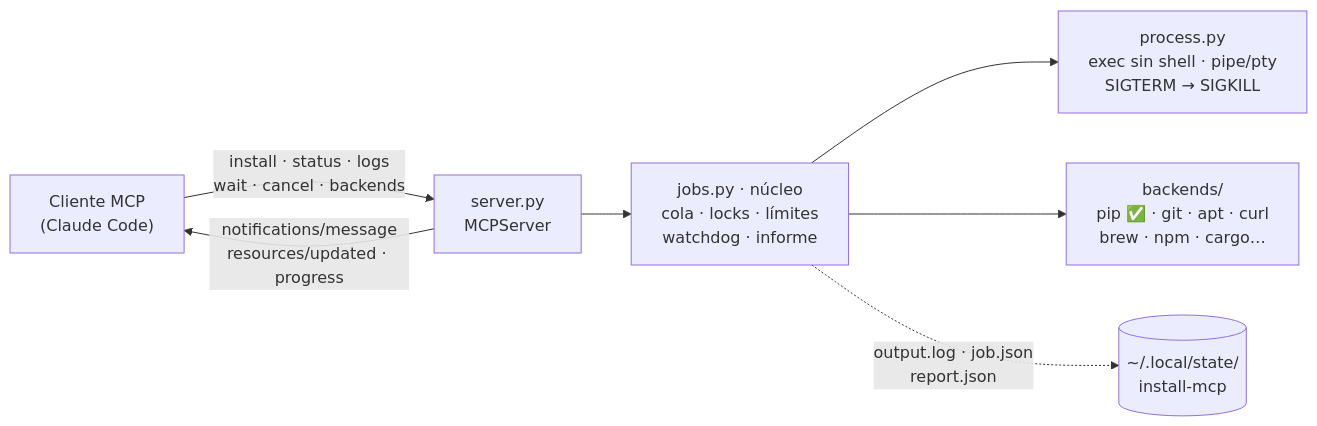
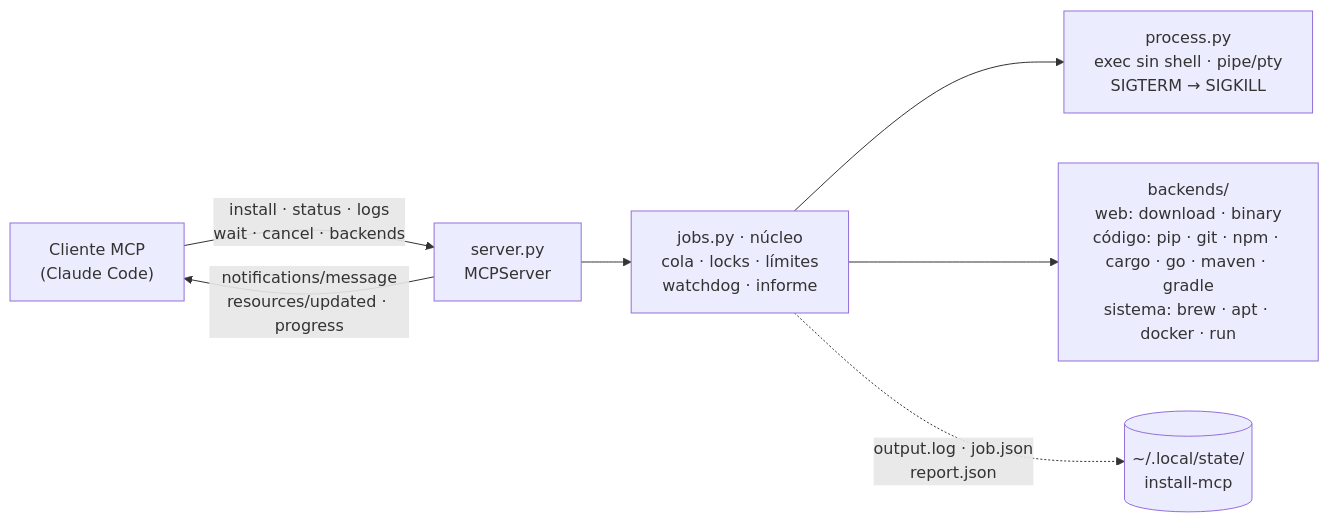
Before and after one commit to Eliaxs1900/install-mcp: the diagram in README.md, drawn with Mermaid. The commit also changed other lines of this file and 20 other files, not shown here.

First line of the commit message:
Backends para web, código, sistema y comandos largos

````diff
--- a/README.md
+++ b/README.md
@@ -117,9 +117,9 @@
 ```mermaid
 flowchart LR
     C["Cliente MCP<br/>(Claude Code)"] -- "install · status · logs<br/>wait · cancel · backends" --> S["server.py<br/>MCPServer"]
     S -- "notifications/message<br/>resources/updated · progress" --> C
     S --> J["jobs.py · núcleo<br/>cola · locks · límites<br/>watchdog · informe"]
     J --> P["process.py<br/>exec sin shell · pipe/pty<br/>SIGTERM → SIGKILL"]
-    J --> B["backends/<br/>pip ✅ · git · apt · curl<br/>brew · npm · cargo…"]
+    J --> B["backends/<br/>web: download · binary<br/>código: pip · git · npm · cargo · go · maven · gradle<br/>sistema: brew · apt · docker · run"]
     J -. "output.log · job.json<br/>report.json" .-> D[("~/.local/state/<br/>install-mcp")]
 ```
````
